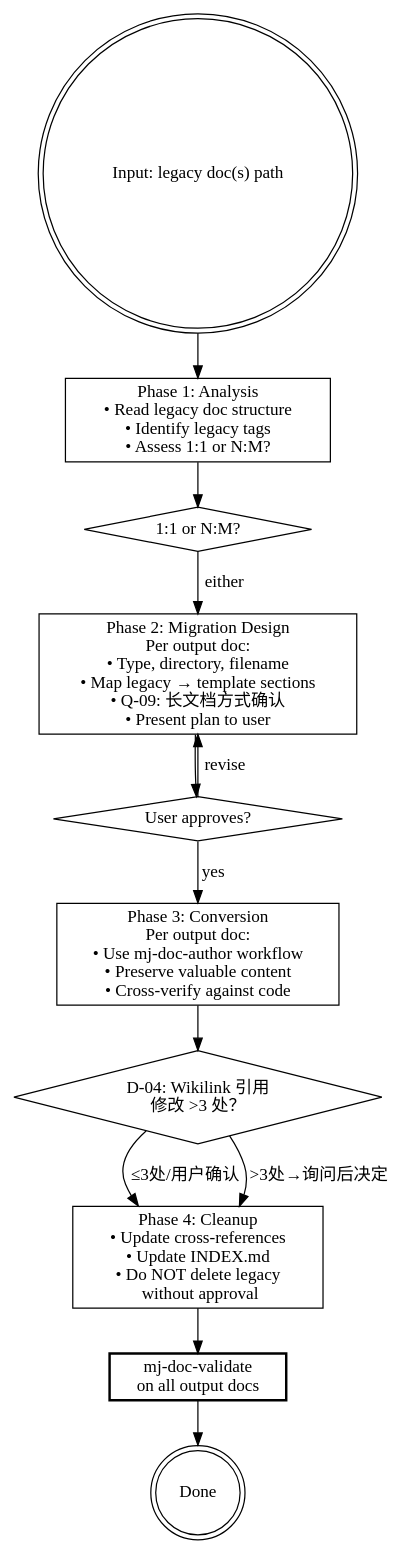
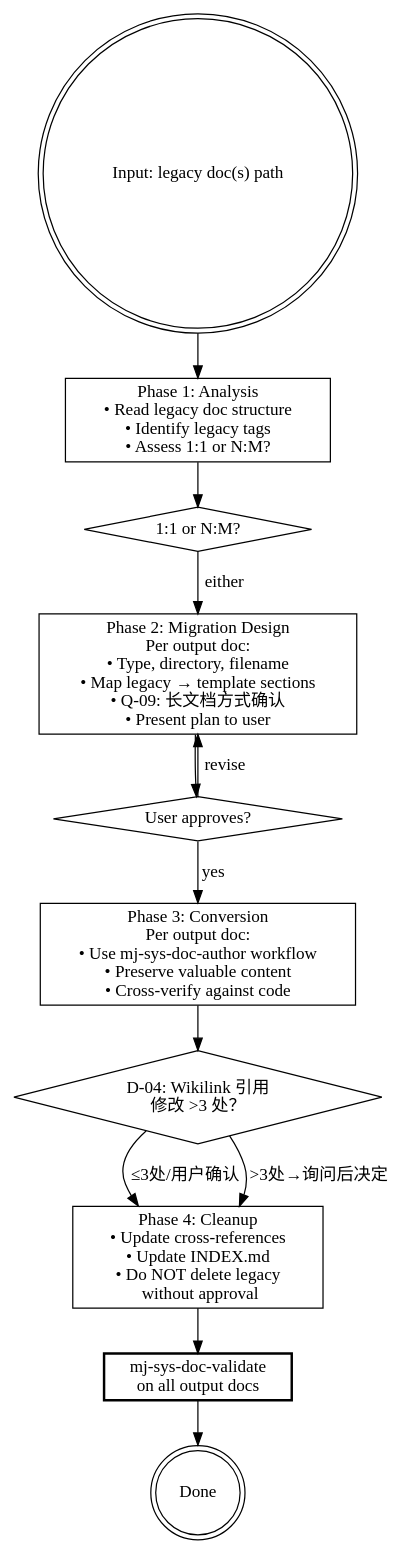
One commit to MJ-AgentLab/mj-agentlab-marketplace changed the diagram in plugins/mj-sys-doc/skills/mj-sys-doc-migrate/SKILL.md. Above: the diagram before and after it, drawn with Graphviz. The commit also changed other lines of this file and 54 other files, not shown here.

First line of the commit message:
docs(plugins): update all CLAUDE.md / README.md / SKILL.md cross-references to mj-sys-* namespace

````diff
--- a/plugins/mj-sys-doc/skills/mj-sys-doc-migrate/SKILL.md
+++ b/plugins/mj-sys-doc/skills/mj-sys-doc-migrate/SKILL.md
@@ -25,34 +25,34 @@
 ```dot
 digraph migrate {
   rankdir=TB;
   input [label="Input: legacy doc(s) path" shape=doublecircle];
 
   p1 [label="Phase 1: Analysis\n• Read legacy doc structure\n• Identify legacy tags\n• Assess 1:1 or N:M?" shape=box];
 
   split [label="1:1 or N:M?" shape=diamond];
 
   p2 [label="Phase 2: Migration Design\nPer output doc:\n• Type, directory, filename\n• Map legacy → template sections\n• Q-09: 长文档方式确认\n• Present plan to user" shape=box];
 
   approve [label="User approves?" shape=diamond];
 
-  p3 [label="Phase 3: Conversion\nPer output doc:\n• Use mj-doc-author workflow\n• Preserve valuable content\n• Cross-verify against code" shape=box];
+  p3 [label="Phase 3: Conversion\nPer output doc:\n• Use mj-sys-doc-author workflow\n• Preserve valuable content\n• Cross-verify against code" shape=box];
 
   d04 [label="D-04: Wikilink 引用\n修改 >3 处？" shape=diamond];
 
   p4 [label="Phase 4: Cleanup\n• Update cross-references\n• Update INDEX.md\n• Do NOT delete legacy\n  without approval" shape=box];
 
-  validate [label="mj-doc-validate\non all output docs" shape=box style=bold];
+  validate [label="mj-sys-doc-validate\non all output docs" shape=box style=bold];
 
   done [label="Done" shape=doublecircle];
 
   input -> p1 -> split;
   split -> p2 [label="either"];
   p2 -> approve;
   approve -> p3 [label="yes"];
   approve -> p2 [label="revise"];
   p3 -> d04;
   d04 -> p4 [label="≤3处/用户确认"];
   d04 -> p4 [label=">3处→询问后决定"];
   p4 -> validate -> done;
 }
 ```
````
